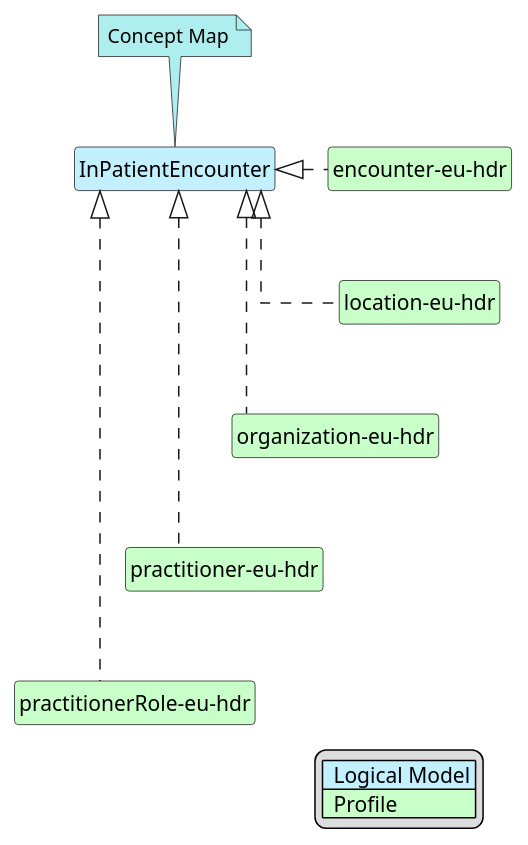
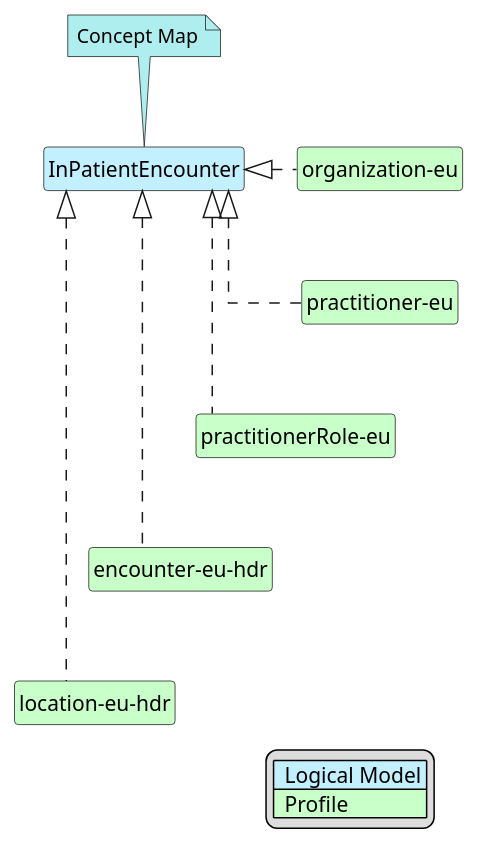
One commit to hl7-eu/hdr changed the diagram in input/images-source/InPatientEncounter-map.plantuml. Above: the diagram before and after it, drawn with PlantUML. The commit also changed 23 other files, not shown here.

```diff
--- a/input/images-source/InPatientEncounter-map.plantuml
+++ b/input/images-source/InPatientEncounter-map.plantuml
@@ -1,33 +1,33 @@
 @startuml
 hide circle
 hide stereotype
 hide members
 hide methods
 skinparam linetype ortho
 skinparam class {
 BackgroundColor<<LogicalModel>> #APPLICATION
 BackgroundColor<<Profile>> #TECHNOLOGY
 }
 legend right
 | <#APPLICATION>  Logical Model |
 | <#TECHNOLOGY>  Profile |
 endlegend
 class "InPatientEncounter" <<LogicalModel>> [[StructureDefinition-InPatientEncounter.html]]
 note top #PaleTurquoise [[ConceptMap-encounter2FHIR-eu-hdr.html]]
 Concept Map
 endnote
+class "organization-eu" <<Profile>> [[StructureDefinition-organization-eu.html]]
+"InPatientEncounter" <|. "organization-eu"
+class "practitioner-eu" <<Profile>> [[StructureDefinition-practitioner-eu.html]]
+"InPatientEncounter" <|. "practitioner-eu"
+"organization-eu" -d[hidden]-> "practitioner-eu"
+class "practitionerRole-eu" <<Profile>> [[StructureDefinition-practitionerRole-eu.html]]
+"InPatientEncounter" <|. "practitionerRole-eu"
+"practitioner-eu" -d[hidden]-> "practitionerRole-eu"
 class "encounter-eu-hdr" <<Profile>> [[StructureDefinition-encounter-eu-hdr.html]]
 "InPatientEncounter" <|. "encounter-eu-hdr"
+"practitionerRole-eu" -d[hidden]-> "encounter-eu-hdr"
 class "location-eu-hdr" <<Profile>> [[StructureDefinition-location-eu-hdr.html]]
 "InPatientEncounter" <|. "location-eu-hdr"
 "encounter-eu-hdr" -d[hidden]-> "location-eu-hdr"
-class "organization-eu-hdr" <<Profile>> [[StructureDefinition-organization-eu-hdr.html]]
-"InPatientEncounter" <|. "organization-eu-hdr"
-"location-eu-hdr" -d[hidden]-> "organization-eu-hdr"
-class "practitioner-eu-hdr" <<Profile>> [[StructureDefinition-practitioner-eu-hdr.html]]
-"InPatientEncounter" <|. "practitioner-eu-hdr"
-"organization-eu-hdr" -d[hidden]-> "practitioner-eu-hdr"
-class "practitionerRole-eu-hdr" <<Profile>> [[StructureDefinition-practitionerRole-eu-hdr.html]]
-"InPatientEncounter" <|. "practitionerRole-eu-hdr"
-"practitioner-eu-hdr" -d[hidden]-> "practitionerRole-eu-hdr"
 @enduml
```
